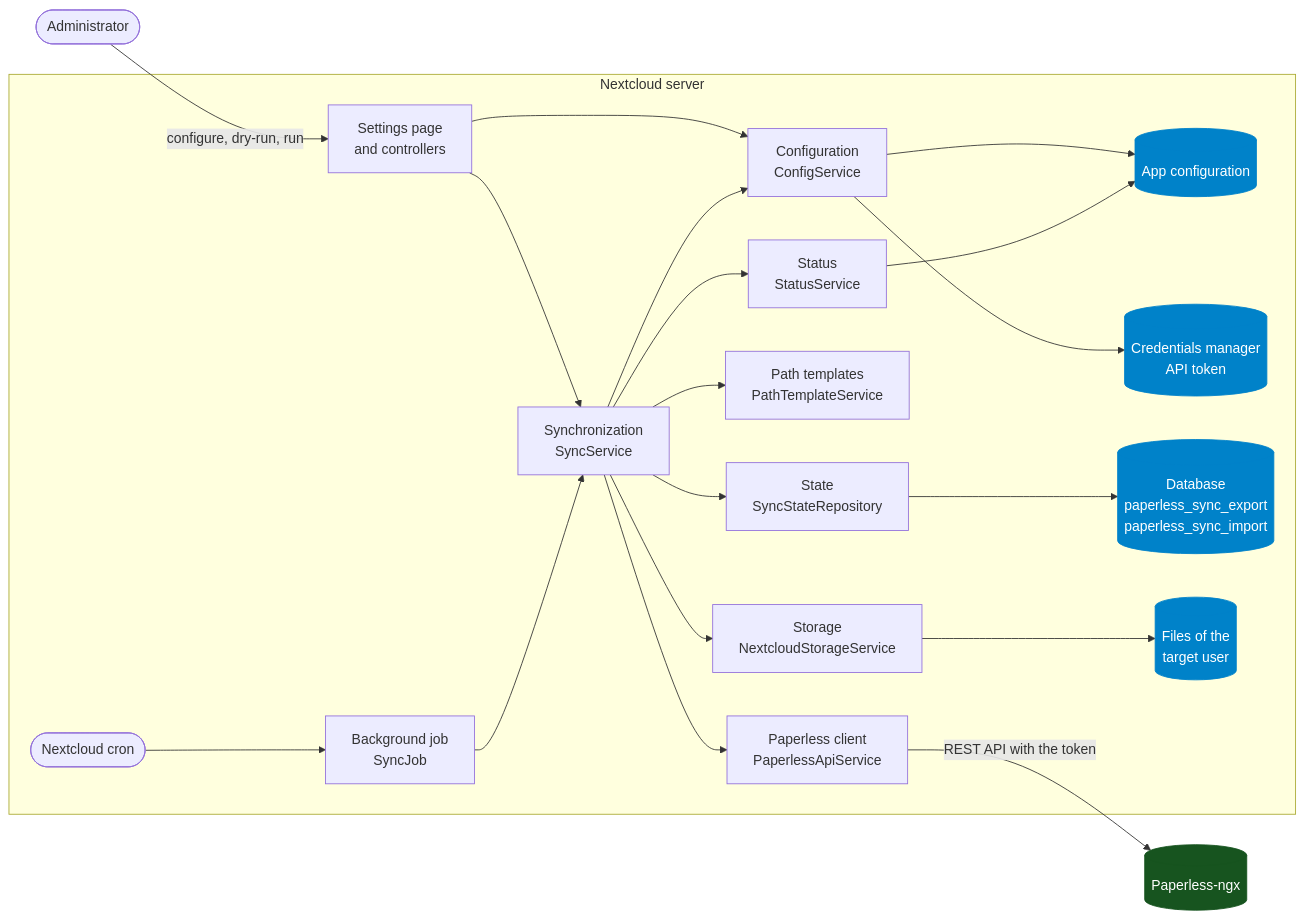
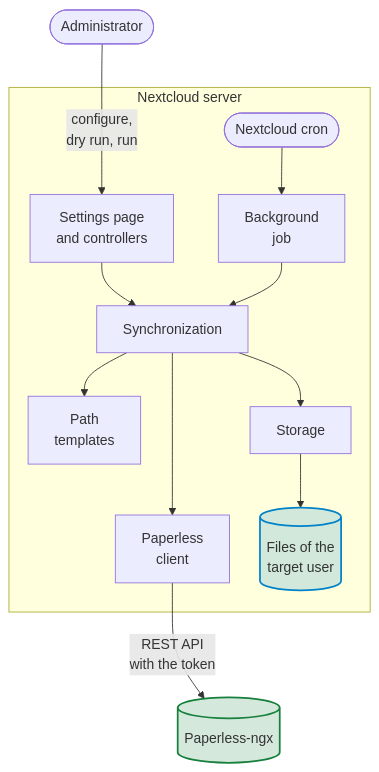
One commit to Dennis-Otto/paperless-sync changed the first of 3 diagrams in docs/architecture.md. Above: the diagram before and after it, drawn with Mermaid. The commit also changed other lines of this file and 4 other files, not shown here.

First line of the commit message:
docs: readable and accessible diagrams on the website (#100)

````diff
--- a/docs/architecture.md
+++ b/docs/architecture.md
@@ -9,27 +11,38 @@
 ```mermaid
-flowchart LR
-    admin(["Administrator"]) -->|configure, dry-run, run| settings
+---
+config:
+  flowchart:
+    nodeSpacing: 24
+---
+flowchart TB
+    accTitle: How a run starts and what it reaches
+    accDescr: An administrator configures the app, starts a dry run or a run on the settings page, whose controllers start the synchronization. Nextcloud's cron starts the background job, which starts the synchronization as well. The synchronization builds the path of every document with the path templates, reads Paperless-ngx through the Paperless client, which calls its REST API with the token, and writes the files of the target user through the storage. Everything but the administrator and Paperless-ngx runs inside the Nextcloud server.
+
+    admin(["Administrator"])
+    subgraph nextcloud ["Nextcloud server"]
+        settings["Settings page<br>and controllers"]
+        cron(["Nextcloud cron"])
+        job["Background<br>job"]
+        sync["Synchronization"]
+        template["Path<br>templates"]
+        storage["Storage"]
+        client["Paperless<br>client"]
+        files[("Files of the<br>target user")]
+    end
     paperless[("Paperless-ngx")]
-    subgraph nextcloud ["Nextcloud server"]
-        cron(["Nextcloud cron"]) --> job["Background job<br>SyncJob"]
-        settings["Settings page<br>and controllers"] --> sync
-        settings --> config
-        job --> sync["Synchronization<br>SyncService"]
-        sync --> config["Configuration<br>ConfigService"]
-        sync --> client["Paperless client<br>PaperlessApiService"]
-        sync --> template["Path templates<br>PathTemplateService"]
-        sync --> storage["Storage<br>NextcloudStorageService"]
-        sync --> state["State<br>SyncStateRepository"]
-        sync --> status["Status<br>StatusService"]
-        config --> appconfig[("App configuration")]
-        config --> credentials[("Credentials manager<br>API token")]
-        state --> database[("Database<br>paperless_sync_export<br>paperless_sync_import")]
-        status --> appconfig
-        storage --> files[("Files of the<br>target user")]
-    end
-    client -->|REST API with the token| paperless
-    classDef external fill:#17541f,stroke:#17541f,color:#fff
-    classDef data fill:#0082c9,stroke:#0082c9,color:#fff
-    class paperless external
-    class appconfig,credentials,database,files data
+
+    admin -- "configure,<br>dry run, run" ---> settings
+    cron --> job
+    settings --> sync
+    job --> sync
+    sync --> template & storage & client
+    storage --> files
+    client -- "REST API<br>with the token" --> paperless
+    %% An invisible link draws Paperless-ngx below the Nextcloud server, not beside it.
+    files ~~~ paperless
+
+    classDef paperless fill:#17803d2e,stroke:#17803d,stroke-width:2px
+    classDef nextcloud fill:#0082c92e,stroke:#0082c9,stroke-width:2px
+    class paperless paperless
+    class files nextcloud
 ```
````
